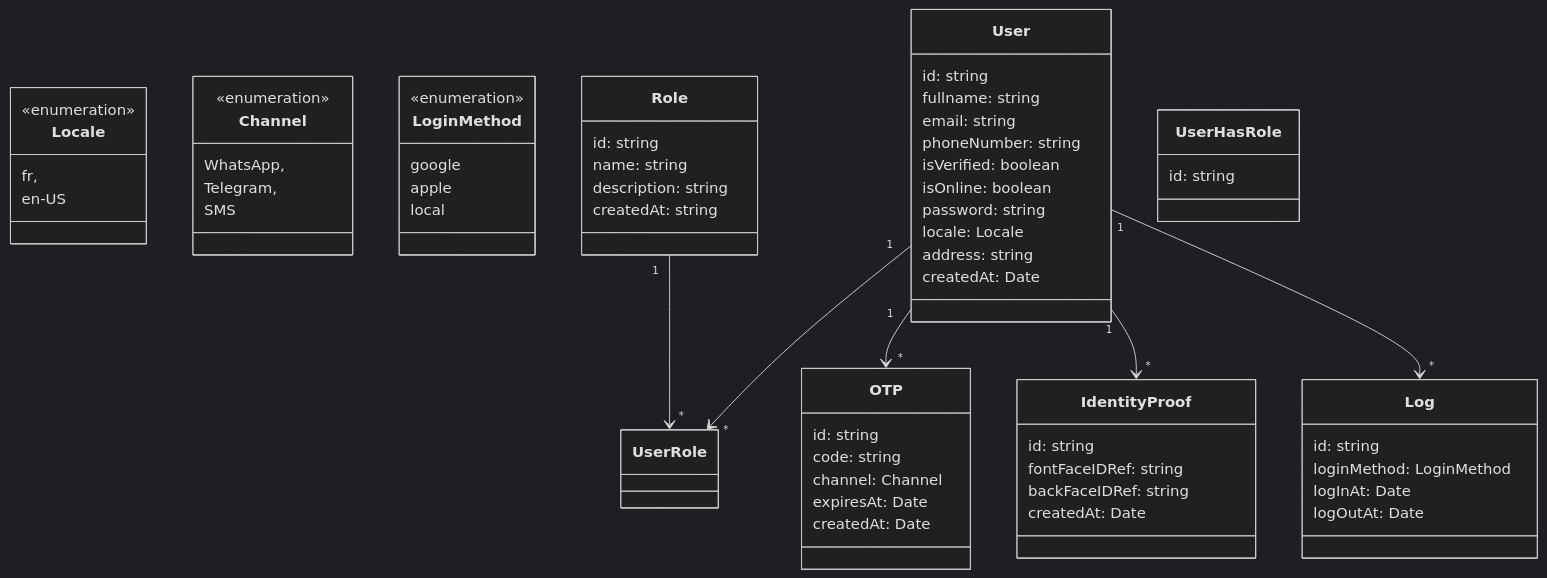
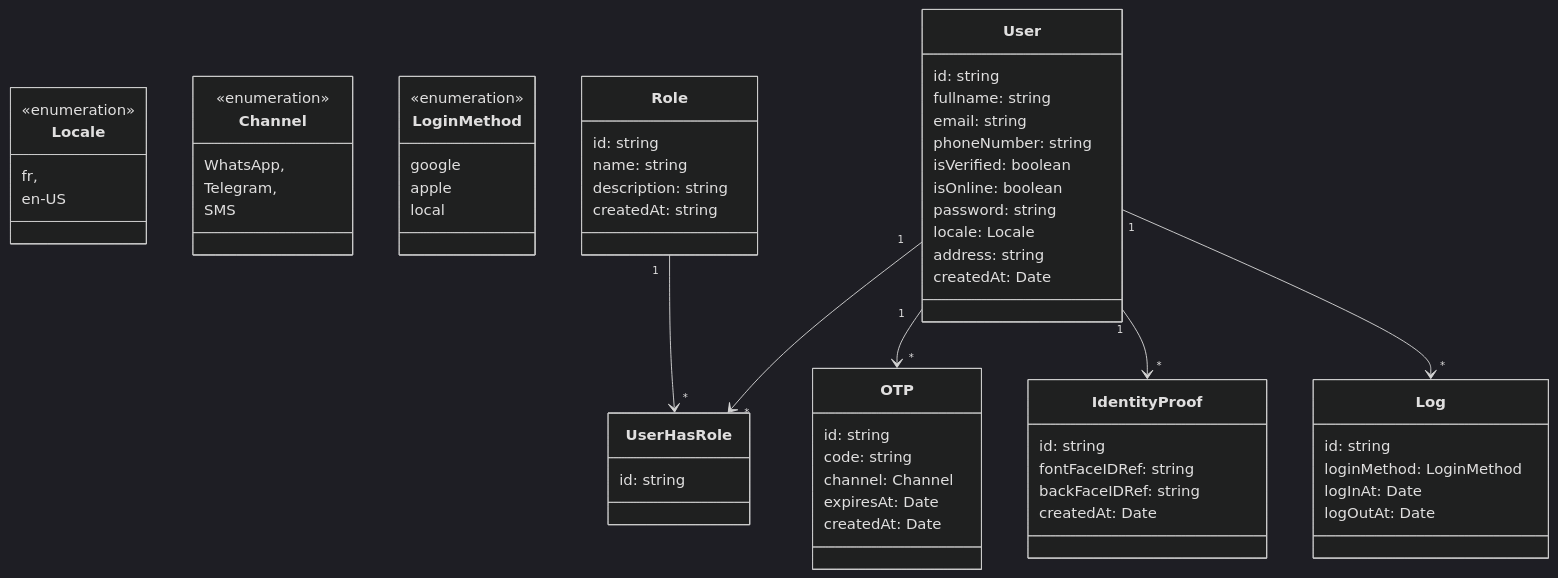
Before and after one commit to Hublot-Tech/hublot-app: the diagram in docs/class-diagrams/auth-module.md, drawn with Mermaid (dark theme).

````diff
--- a/docs/class-diagrams/auth-module.md
+++ b/docs/class-diagrams/auth-module.md
@@ -1,65 +1,65 @@
 ```mermaid
  classDiagram
       class Locale {
         <<enumeration>>
         fr,
         en-US
       }
       class Channel {
         <<enumeration>>
         WhatsApp,
         Telegram,
         SMS
       }
       class LoginMethod {
         <<enumeration>>
         google
         apple
         local
       }
       class Role {
           id: string
           name: string
           description: string
           createdAt: string
        }
       class OTP {
           id: string  
           code: string
           channel: Channel
           expiresAt: Date
           createdAt: Date
       }
       class Log {
           id: string
           loginMethod: LoginMethod
           logInAt: Date
           logOutAt: Date
       }
       class IdentityProof {
           id: string
           fontFaceIDRef: string
           backFaceIDRef: string
           createdAt: Date
       }
       class User {
           id: string
           fullname: string
           email: string
           phoneNumber: string
           isVerified: boolean
           isOnline: boolean
           password: string
           locale: Locale
           address: string
           createdAt: Date
       }
       class UserHasRole {
           id: string
       }
-      User "1" --> "*" UserRole
-      Role "1" --> "*" UserRole
+      User "1" --> "*" UserHasRole
+      Role "1" --> "*" UserHasRole
       User "1" --> "*" OTP
       User "1" --> "*" IdentityProof
       User "1" --> "*" Log
 ```
````
